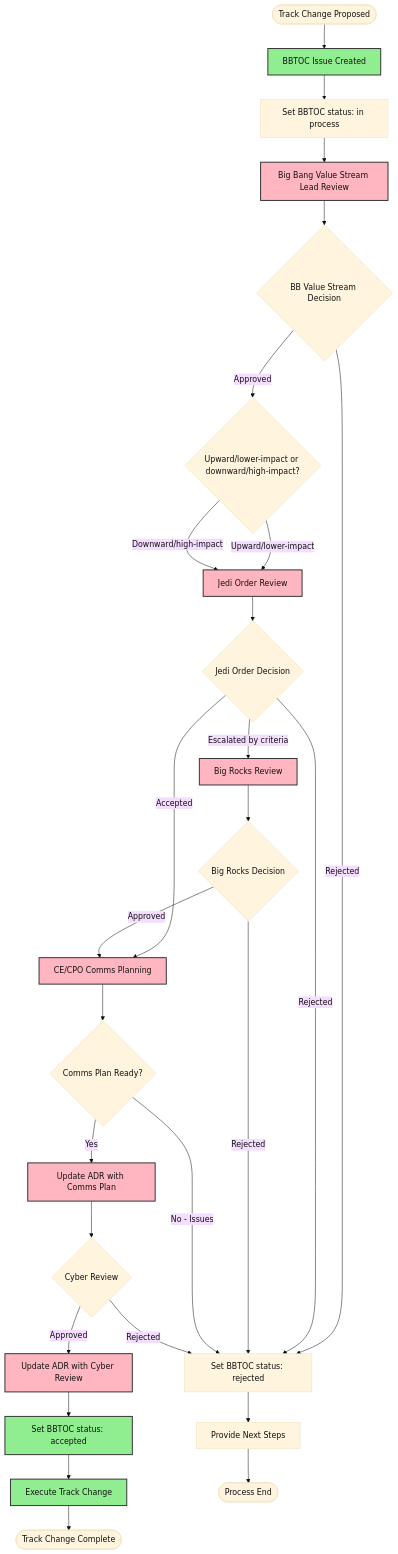
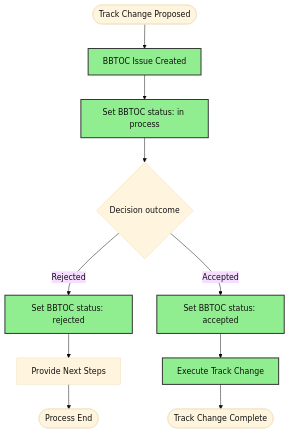
One commit to DoD-Platform-One/bbtoc changed the diagram in process/Package Maintenance Tracks.md. Above: the diagram before and after it, drawn with Mermaid. The commit also changed other lines of this file, not shown here.

Commit message:
docs: updating per recommendations

````diff
--- a/process/Package Maintenance Tracks.md
+++ b/process/Package Maintenance Tracks.md
@@ -35,53 +39,24 @@
 ```mermaid
 %%{init: {'theme': 'base', 'themeVariables': { 'primaryTextColor': '#111111', 'secondaryTextColor': '#111111', 'tertiaryTextColor': '#111111' }}}%%
 flowchart TD
     Start([Track Change Proposed]) --> BBTOC[BBTOC Issue Created]
     BBTOC --> InProcess[Set BBTOC status: in process]
+    InProcess --> Decision{Decision outcome}
 
-    InProcess --> BBValueStream[Big Bang Value Stream Lead Review]
-    BBValueStream --> BBDecision{BB Value Stream Decision}
-
-    BBDecision -->|Rejected| UpdateRejected[Set BBTOC status: rejected]
-    BBDecision -->|Approved| Route{Upward/lower-impact or downward/high-impact?}
-
-    Route -->|Upward/lower-impact| Jedi[Jedi Order Review]
-    Route -->|Downward/high-impact| Jedi
-
-    Jedi --> JediDecision{Jedi Order Decision}
-    JediDecision -->|Rejected| UpdateRejected
-    JediDecision -->|Accepted| CommsPlanning[CE/CPO Comms Planning]
-    JediDecision -->|Escalated by criteria| BigRocks[Big Rocks Review]
-
-    BigRocks --> BigRocksDecision{Big Rocks Decision}
-    BigRocksDecision -->|Rejected| UpdateRejected
-    BigRocksDecision -->|Approved| CommsPlanning
-
-    CommsPlanning --> CommsPlanReady{Comms Plan Ready?}
-
-    CommsPlanReady -->|No - Issues| UpdateRejected
-    CommsPlanReady -->|Yes| UpdateADR[Update ADR with Comms Plan]
-
-    UpdateADR --> CyberReview{Cyber Review}
-    CyberReview -->|Rejected| UpdateRejected
-    CyberReview -->|Approved| UpdateADRCyber[Update ADR with Cyber Review]
-
-    UpdateADRCyber --> UpdateBBTOC[Set BBTOC status: accepted]
-    UpdateBBTOC --> Execute[Execute Track Change]
+    Decision -->|Rejected| UpdateRejected[Set BBTOC status: rejected]
+    Decision -->|Accepted| UpdateAccepted[Set BBTOC status: accepted]
 
     UpdateRejected --> NextSteps[Provide Next Steps]
+    UpdateAccepted --> Execute[Execute Track Change]
+
     Execute --> Complete([Track Change Complete])
     NextSteps --> End([Process End])
 
     style BBTOC fill:#90EE90,stroke:#333,stroke-width:2px
-    style BBValueStream fill:#FFB6C1,stroke:#333,stroke-width:2px
-    style Jedi fill:#FFB6C1,stroke:#333,stroke-width:2px
-    style BigRocks fill:#FFB6C1,stroke:#333,stroke-width:2px
-    style CommsPlanning fill:#FFB6C1,stroke:#333,stroke-width:2px
-    style UpdateADR fill:#FFB6C1,stroke:#333,stroke-width:2px
-    style UpdateADRCyber fill:#FFB6C1,stroke:#333,stroke-width:2px
-    style UpdateBBTOC fill:#90EE90,stroke:#333,stroke-width:2px
+    style InProcess fill:#90EE90,stroke:#333,stroke-width:2px
+    style UpdateRejected fill:#90EE90,stroke:#333,stroke-width:2px
+    style UpdateAccepted fill:#90EE90,stroke:#333,stroke-width:2px
     style Execute fill:#90EE90,stroke:#333,stroke-width:2px
 
     classDef externalStep fill:#90EE90,stroke:#333,stroke-width:2px
-    classDef internalStep fill:#FFB6C1,stroke:#333,stroke-width:2px
 ```
````
